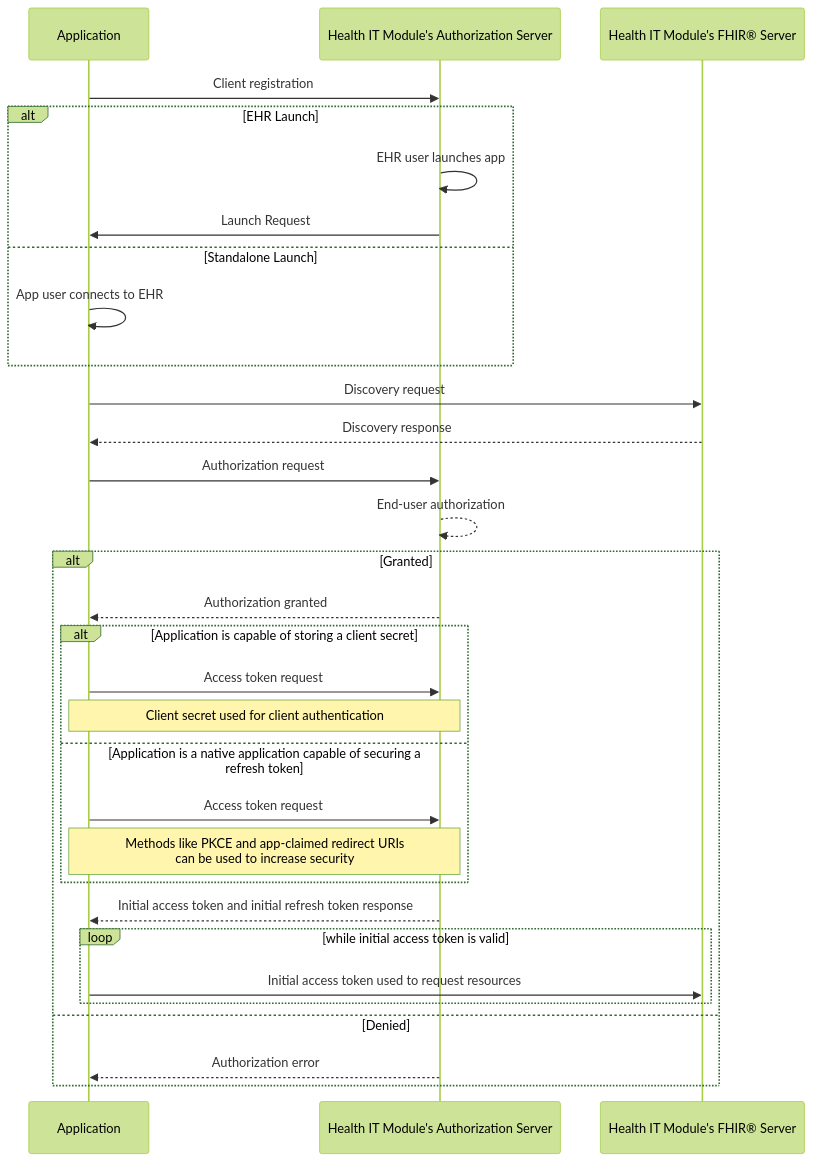
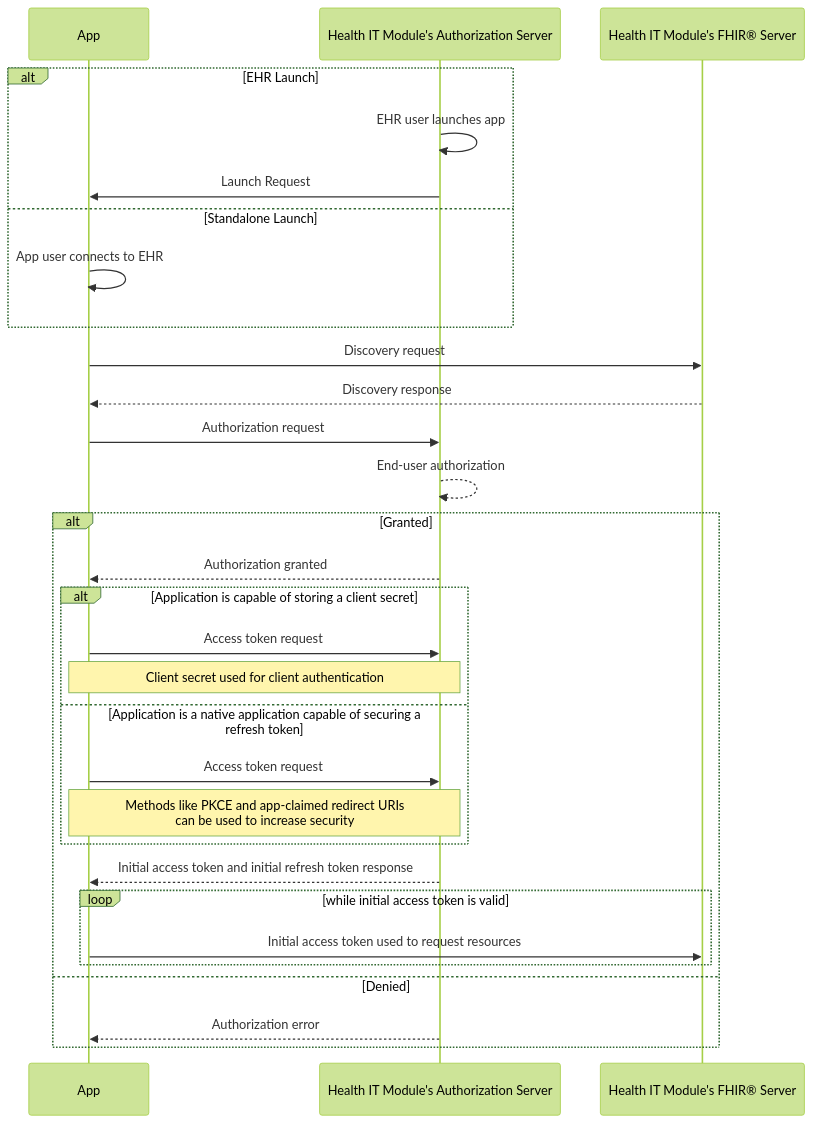
Before and after one commit to onc-healthit/api-resource-guide: the first of 5 diagrams in docs/g10-criterion.md, drawn with Mermaid (forest theme). The commit also changed other lines of this file, not shown here.

````diff
--- a/docs/g10-criterion.md
+++ b/docs/g10-criterion.md
@@ -298,34 +296,33 @@
 	``` mermaid
 	sequenceDiagram
-		participant app as Application
+		participant app as App
 		participant authz as Health IT Module's Authorization Server
 		participant fhir as Health IT Module's FHIR® Server
-
-		app ->> authz: Client registration
+		
 		alt EHR Launch
 			authz ->> authz: EHR user launches app
 			authz ->> app: Launch Request
 		else Standalone Launch
 			app ->> app: App user connects to EHR
 		end
 		app ->> fhir: Discovery request
 		fhir -->> app: Discovery response
 		app ->> authz: Authorization request
 		authz -->> authz: End-user authorization
 		alt Granted
 			authz -->> app: Authorization granted
             alt Application is capable of storing a client secret
 			app ->> authz: Access token request
 			note over app,authz: Client secret used for client authentication
             else Application is a native application capable of securing a refresh token
 			app ->> authz: Access token request
             note over app,authz: Methods like PKCE and app-claimed redirect URIs <br/> can be used to increase security
             end
 			authz -->> app: Initial access token and initial refresh token response
 			loop while initial access token is valid
 				app ->> fhir: Initial access token used to request resources
 			end
 		else Denied
 			authz -->> app: Authorization error
 		end
 	```
````
